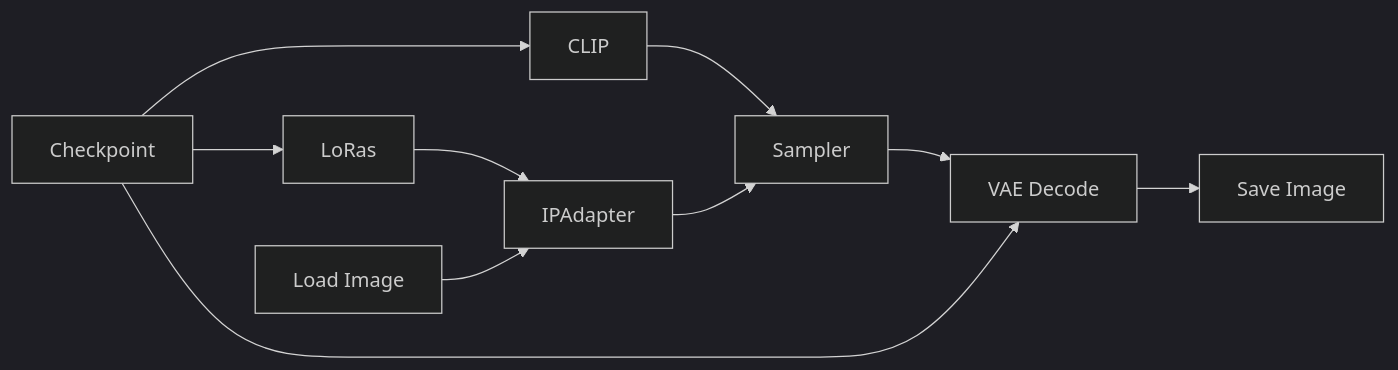
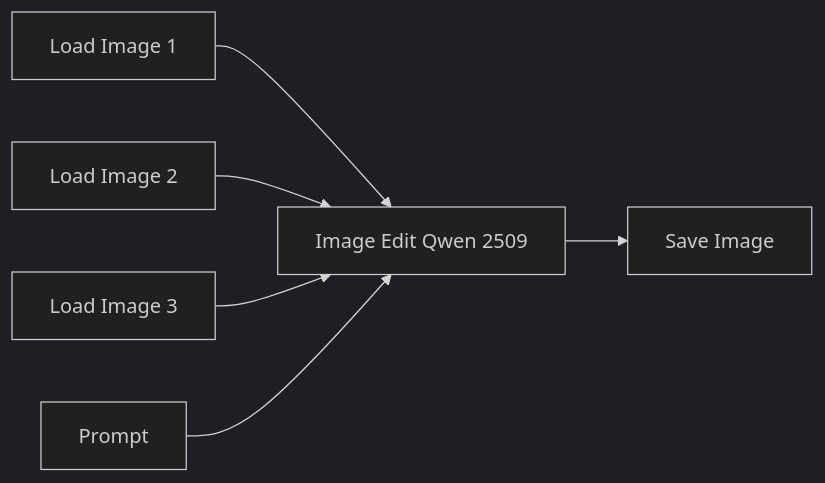
The diagram in ComfyUI/Guide-ComfyUI-Qwen-Image-Editor.md (felipebottega/AI-Audiovisual-Lab), drawn with Mermaid (dark theme) before and after one commit. The commit also changed other lines of this file, not shown here.

````diff
--- a/ComfyUI/Guide-ComfyUI-Qwen-Image-Editor.md
+++ b/ComfyUI/Guide-ComfyUI-Qwen-Image-Editor.md
@@ -27,8 +15,7 @@
 ```mermaid
 flowchart LR
-    A[Checkpoint] --> B[CLIP] --> C[Sampler]
-    A --> D[LoRas] --> F[IPAdapter] --> C
-    E[Load Image] --> F
-    C --> G[VAE Decode] --> H[Save Image]
-    A --> G
+    A[Load Image 1] --> B[Image Edit Qwen 2509] --> F[Save Image]
+    C[Load Image 2] --> B
+    D[Load Image 3] --> B
+    E[Prompt] --> B
 ```
````
